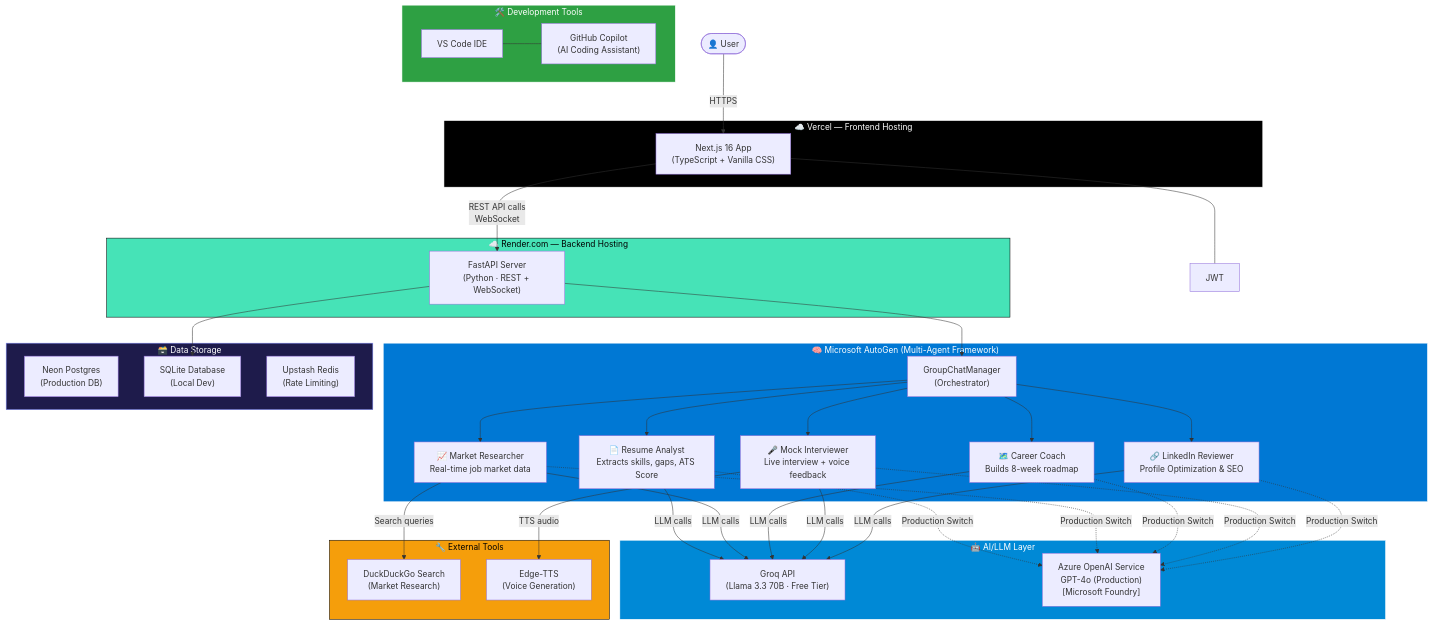
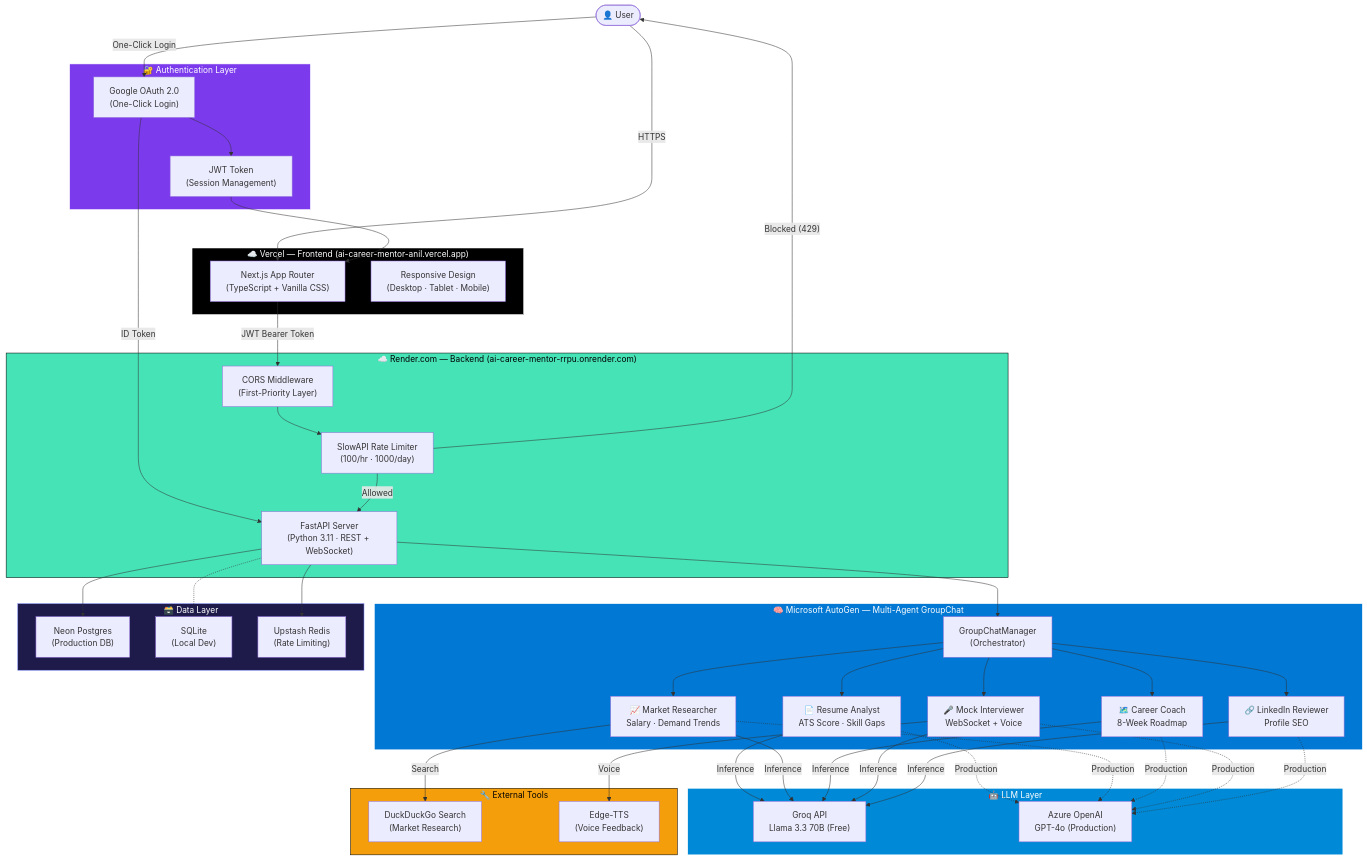
One commit to Anil-Pradhan-web/ai-career-mentor changed the diagram in README.md. Above: the diagram before and after it, drawn with Mermaid. The commit also changed other lines of this file, not shown here.

Commit message:
docs: update architecture diagram with OAuth, CORS, rate limiting and production URLs

````diff
--- a/README.md
+++ b/README.md
@@ -56,60 +56,72 @@
 ```mermaid
 flowchart TD
     User(["👤 User"])
 
-    subgraph DevTools ["🛠️ Development Tools"]
-        VSCODE["VS Code IDE"] --- COPILOT["GitHub Copilot\n(AI Coding Assistant)"]
+    subgraph Auth ["🔐 Authentication Layer"]
+        GOOGLE["Google OAuth 2.0\n(One-Click Login)"]
+        JWT["JWT Token\n(Session Management)"]
     end
 
-    subgraph Vercel ["☁️ Vercel — Frontend Hosting"]
-        FE["Next.js 16 App\n(TypeScript + Vanilla CSS)"]
+    subgraph Vercel ["☁️ Vercel — Frontend (ai-career-mentor-anil.vercel.app)"]
+        FE["Next.js App Router\n(TypeScript + Vanilla CSS)"]
+        RESP["Responsive Design\n(Desktop · Tablet · Mobile)"]
     end
 
-    subgraph Render ["☁️ Render.com — Backend Hosting"]
-        API["FastAPI Server\n(Python · REST + WebSocket)"]
+    subgraph Render ["☁️ Render.com — Backend (ai-career-mentor-rrpu.onrender.com)"]
+        CORS["CORS Middleware\n(First-Priority Layer)"]
+        RATE["SlowAPI Rate Limiter\n(100/hr · 1000/day)"]
+        API["FastAPI Server\n(Python 3.11 · REST + WebSocket)"]
     end
 
-    subgraph Agents ["🧠 Microsoft AutoGen (Multi-Agent Framework)"]
+    subgraph Agents ["🧠 Microsoft AutoGen — Multi-Agent GroupChat"]
         ORCH["GroupChatManager\n(Orchestrator)"]
-        A1["📄 Resume Analyst\nExtracts skills, gaps, ATS Score"]
-        A2["📈 Market Researcher\nReal-time job market data"]
-        A3["🗺️ Career Coach\nBuilds 8-week roadmap"]
-        A4["🎤 Mock Interviewer\nLive interview + voice feedback"]
-        A5["🔗 LinkedIn Reviewer\nProfile Optimization & SEO"]
+        A1["📄 Resume Analyst\nATS Score · Skill Gaps"]
+        A2["📈 Market Researcher\nSalary · Demand Trends"]
+        A3["🗺️ Career Coach\n8-Week Roadmap"]
+        A4["🎤 Mock Interviewer\nWebSocket + Voice"]
+        A5["🔗 LinkedIn Reviewer\nProfile SEO"]
     end
 
-    subgraph LLM ["🤖 AI/LLM Layer"]
-        GROQ["Groq API\n(Llama 3.3 70B · Free Tier)"]
-        AZURE["Azure OpenAI Service\nGPT-4o (Production)\n[Microsoft Foundry]"]
+    subgraph LLM ["🤖 LLM Layer"]
+        GROQ["Groq API\nLlama 3.3 70B (Free)"]
+        AZURE["Azure OpenAI\nGPT-4o (Production)"]
     end
 
     subgraph Tools ["🔧 External Tools"]
         DDG["DuckDuckGo Search\n(Market Research)"]
-        TTS["Edge-TTS\n(Voice Generation)"]
+        TTS["Edge-TTS\n(Voice Feedback)"]
     end
 
-    subgraph DB ["🗃️ Data Storage"]
+    subgraph DB ["🗃️ Data Layer"]
         POSTGRES["Neon Postgres\n(Production DB)"]
-        SQLITE["SQLite Database\n(Local Dev)"]
+        SQLITE["SQLite\n(Local Dev)"]
         REDIS["Upstash Redis\n(Rate Limiting)"]
     end
 
     User -->|"HTTPS"| FE
-    FE -->|"REST API calls\nWebSocket"| API
+    User -->|"One-Click Login"| GOOGLE
+    GOOGLE -->|"ID Token"| API
+    FE -->|"JWT Bearer Token"| CORS
+    CORS --> RATE
+    RATE -->|"Allowed"| API
+    RATE -->|"Blocked (429)"| User
     API --> ORCH
     ORCH --> A1 & A2 & A3 & A4 & A5
-    A1 & A2 & A3 & A4 & A5 -->|"LLM calls"| GROQ
-    A1 & A2 & A3 & A4 & A5 -.->|"Production Switch"| AZURE
-    A2 -->|"Search queries"| DDG
-    A4 -->|"TTS audio"| TTS
-    API --> SQLITE
-    FE --- JWT
+    A1 & A2 & A3 & A4 & A5 -->|"Inference"| GROQ
+    A1 & A2 & A3 & A4 & A5 -.->|"Production"| AZURE
+    A2 -->|"Search"| DDG
+    A4 -->|"Voice"| TTS
+    API --> POSTGRES
+    API -.- SQLITE
+    API --> REDIS
+    GOOGLE --> JWT
+    JWT --> FE
 
     style Vercel fill:#000,stroke:#fff,color:#fff
     style Render fill:#46E3B7,stroke:#000,color:#000
     style Agents fill:#0078D4,stroke:#fff,color:#fff
     style LLM fill:#0089D6,stroke:#fff,color:#fff
     style DB fill:#1e1b4b,stroke:#818cf8,color:#fff
-    style DevTools fill:#2ea043,stroke:#fff,color:#fff
+    style Auth fill:#7c3aed,stroke:#fff,color:#fff
     style Tools fill:#f59e0b,stroke:#000,color:#000
 ```
````
